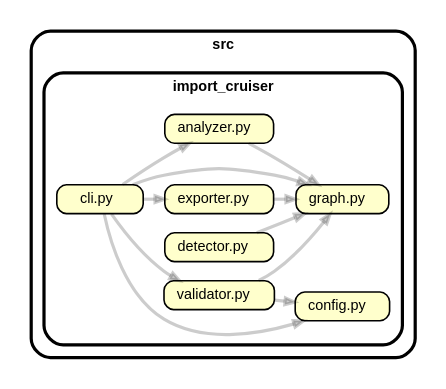
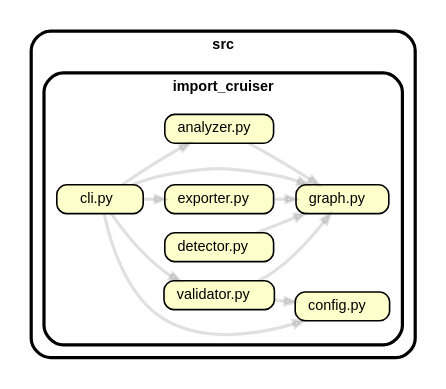
Before and after one commit to kevin91nl/import-cruiser: the diagram in artifacts/self-graph/import-cruiser-self-graph.dot, drawn with Graphviz. The commit also changed 11 other files, not shown here.

First line of the commit message:
fix: refine depcruise graph interactions and drop summary mode

```diff
--- a/artifacts/self-graph/import-cruiser-self-graph.dot
+++ b/artifacts/self-graph/import-cruiser-self-graph.dot
@@ -1,24 +1,24 @@
 strict digraph "import_cruiser"{
     rankdir="LR" splines="true" overlap="false" nodesep="0.16" ranksep="0.18" fontname="Helvetica-bold" fontsize="9" style="rounded,bold,filled" fillcolor="#ffffff" compound="true"
     node [shape="box" style="rounded, filled" height="0.2" color="black" fillcolor="#ffffcc" fontcolor="black" fontname="Helvetica" fontsize="9"]
-    edge [arrowhead="normal" arrowsize="0.6" penwidth="2.0" color="#00000033" fontname="Helvetica" fontsize="9"]
+    edge [arrowhead="normal" arrowsize="0.6" penwidth="2.0" color="#0000001f" fontname="Helvetica" fontsize="9"]
 
     subgraph "cluster_src" {label="src" subgraph "cluster_src/import_cruiser" {label="import_cruiser" "src/import_cruiser/analyzer.py" [label=<analyzer.py> tooltip="analyzer.py" URL="src/import_cruiser/analyzer.py" ] }}
     subgraph "cluster_src" {label="src" subgraph "cluster_src/import_cruiser" {label="import_cruiser" "src/import_cruiser/cli.py" [label=<cli.py> tooltip="cli.py" URL="src/import_cruiser/cli.py" ] }}
     subgraph "cluster_src" {label="src" subgraph "cluster_src/import_cruiser" {label="import_cruiser" "src/import_cruiser/config.py" [label=<config.py> tooltip="config.py" URL="src/import_cruiser/config.py" ] }}
     subgraph "cluster_src" {label="src" subgraph "cluster_src/import_cruiser" {label="import_cruiser" "src/import_cruiser/detector.py" [label=<detector.py> tooltip="detector.py" URL="src/import_cruiser/detector.py" ] }}
     subgraph "cluster_src" {label="src" subgraph "cluster_src/import_cruiser" {label="import_cruiser" "src/import_cruiser/exporter.py" [label=<exporter.py> tooltip="exporter.py" URL="src/import_cruiser/exporter.py" ] }}
     subgraph "cluster_src" {label="src" subgraph "cluster_src/import_cruiser" {label="import_cruiser" "src/import_cruiser/graph.py" [label=<graph.py> tooltip="graph.py" URL="src/import_cruiser/graph.py" ] }}
     subgraph "cluster_src" {label="src" subgraph "cluster_src/import_cruiser" {label="import_cruiser" "src/import_cruiser/validator.py" [label=<validator.py> tooltip="validator.py" URL="src/import_cruiser/validator.py" ] }}
 
     "src/import_cruiser/analyzer.py" -> "src/import_cruiser/graph.py"
     "src/import_cruiser/cli.py" -> "src/import_cruiser/analyzer.py"
     "src/import_cruiser/cli.py" -> "src/import_cruiser/config.py"
     "src/import_cruiser/cli.py" -> "src/import_cruiser/exporter.py"
     "src/import_cruiser/cli.py" -> "src/import_cruiser/graph.py"
     "src/import_cruiser/cli.py" -> "src/import_cruiser/validator.py"
     "src/import_cruiser/detector.py" -> "src/import_cruiser/graph.py"
     "src/import_cruiser/exporter.py" -> "src/import_cruiser/graph.py"
     "src/import_cruiser/validator.py" -> "src/import_cruiser/config.py"
     "src/import_cruiser/validator.py" -> "src/import_cruiser/graph.py"
 }
```
